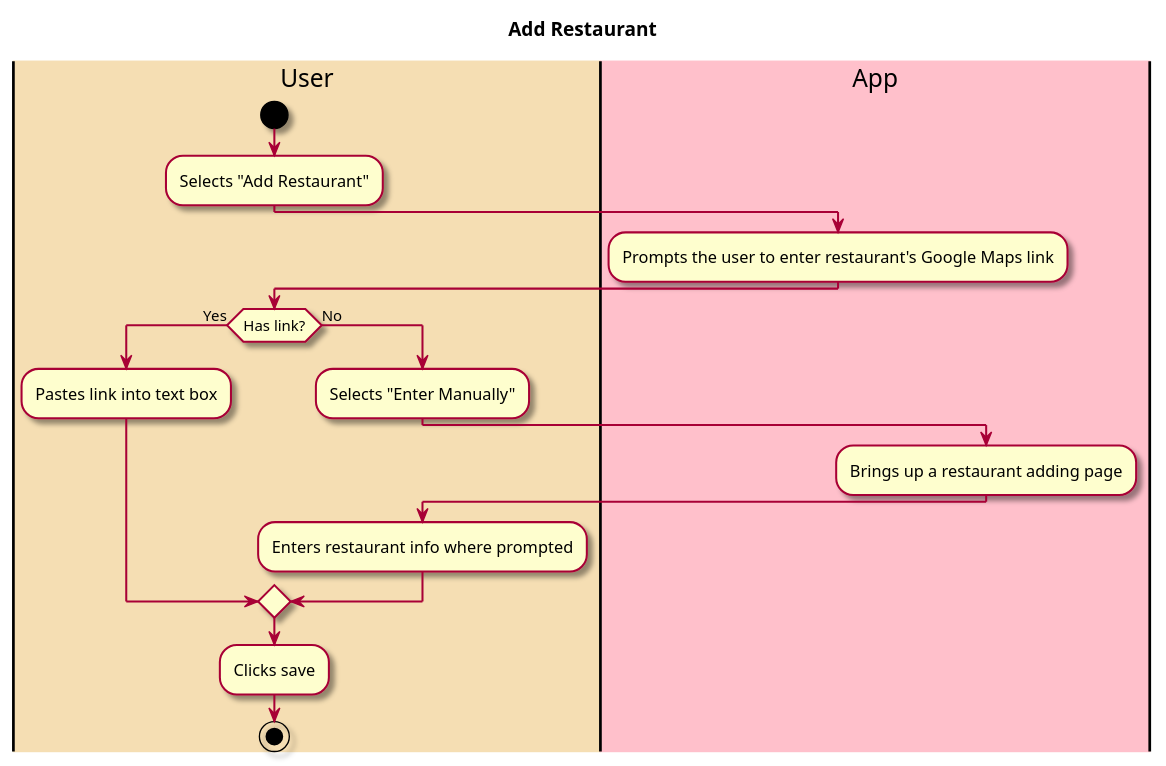
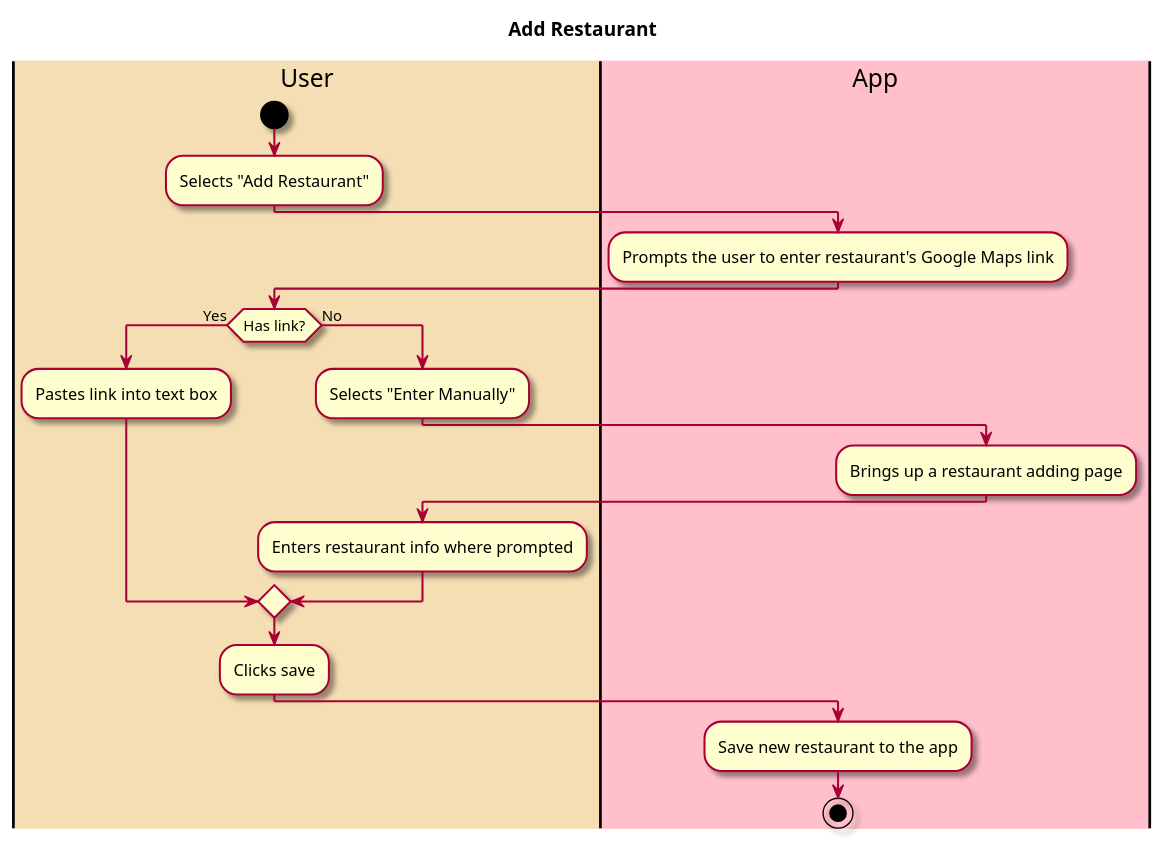
One commit to tanwasp/LunchBox-Android changed the second of 2 diagrams in intellij/doc/use_cases/post-review.md. Above: the diagram before and after it, drawn with PlantUML. The commit also changed other lines of this file and 7 other files, not shown here.

````diff
--- a/intellij/doc/use_cases/post-review.md
+++ b/intellij/doc/use_cases/post-review.md
@@ -85,34 +89,37 @@
 ```plantuml
 @startuml
 
 skin rose
 
 title Add Restaurant
 
 'define the lanes
 |#wheat|User|
 |#pink|App|
 
 |User|
 start
 :Selects "Add Restaurant";
 
 |App|
 :Prompts the user to enter restaurant's Google Maps link;
 
 |User|
 if (Has link?) is (Yes) then
 :Pastes link into text box;
 else (No)
 :Selects "Enter Manually";
 |App|
 :Brings up a restaurant adding page;
 |User|
 :Enters restaurant info where prompted;
 endif
 
 :Clicks save;
 
+|App|
+:Save new restaurant to the app;
+
 stop
 @enduml
 ```
````
